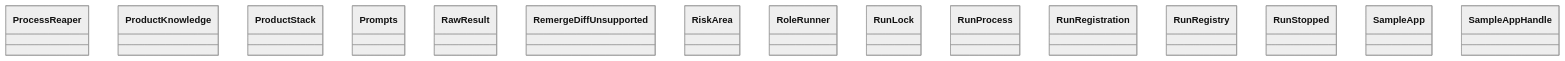
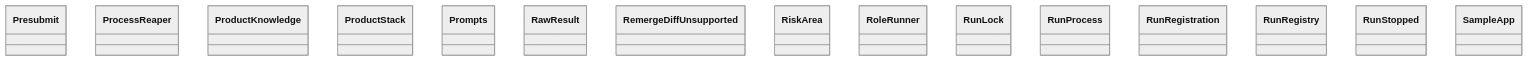
The diagram in docs/architecture/generated/classes-process-application-support-4.md (GonzaloZevallos/agentic-system), drawn with Mermaid (neutral theme) before and after one commit. The commit also changed 15 other files, not shown here.

Commit message:
Regenerate architecture pages and cluster domain.lead_time

````diff
--- a/docs/architecture/generated/classes-process-application-support-4.md
+++ b/docs/architecture/generated/classes-process-application-support-4.md
@@ -17,18 +17,18 @@
 ```mermaid
 classDiagram
+    class ports__Presubmit["Presubmit"]
     class ports__ProcessReaper["ProcessReaper"]
     class ports__ProductKnowledge["ProductKnowledge"]
     class ports__ProductStack["ProductStack"]
     class ports__Prompts["Prompts"]
     class ports__RawResult["RawResult"]
     class ports__RemergeDiffUnsupported["RemergeDiffUnsupported"]
     class ports__RiskArea["RiskArea"]
     class ports__RoleRunner["RoleRunner"]
     class ports__RunLock["RunLock"]
     class ports__RunProcess["RunProcess"]
     class ports__RunRegistration["RunRegistration"]
     class ports__RunRegistry["RunRegistry"]
     class ports__RunStopped["RunStopped"]
     class ports__SampleApp["SampleApp"]
-    class ports__SampleAppHandle["SampleAppHandle"]
 ```
````
